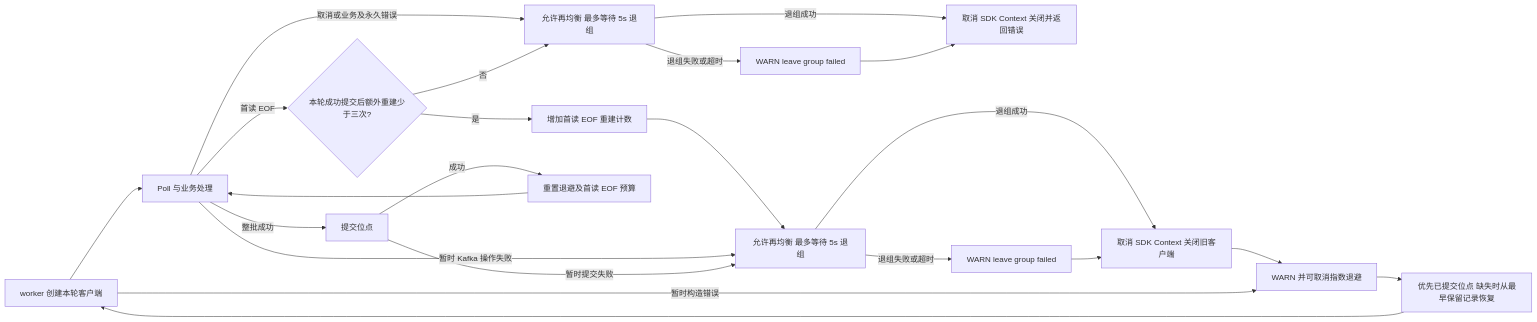
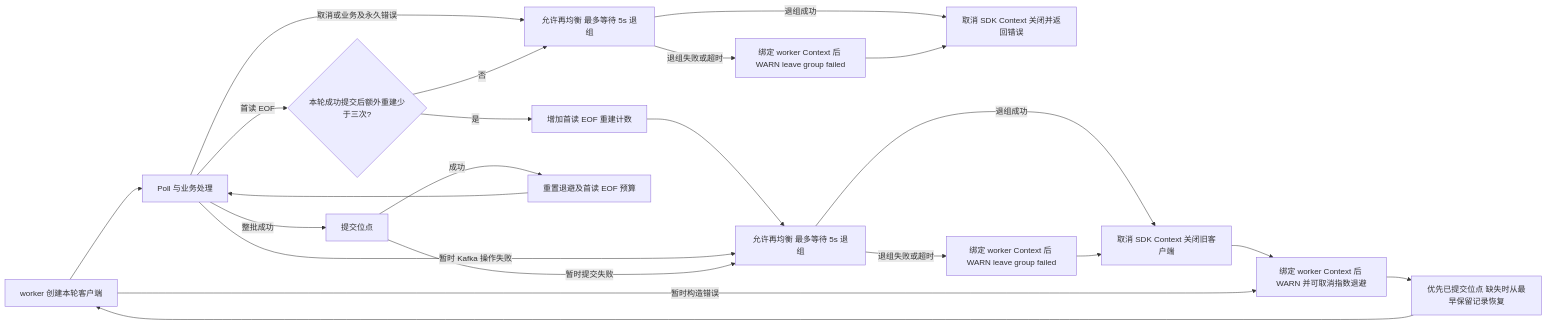
One commit to jaggerzhuang1994/kratos-foundation changed the fifth of 6 diagrams in pkg/kafka/README.md. Above: the diagram before and after it, drawn with Mermaid. The commit also changed other lines of this file and 19 other files, not shown here.

````diff
--- a/pkg/kafka/README.md
+++ b/pkg/kafka/README.md
@@ -293,24 +293,24 @@
 ```mermaid
 flowchart LR
     A[worker 创建本轮客户端] --> B[Poll 与业务处理]
     B -- 整批成功 --> C[提交位点]
     B -- 取消或业务及永久错误 --> D[允许再均衡 最多等待 5s 退组]
-    D -- 退组失败或超时 --> H[WARN leave group failed]
+    D -- 退组失败或超时 --> H[绑定 worker Context 后 WARN leave group failed]
     D -- 退组成功 --> I[取消 SDK Context 关闭并返回错误]
     H --> I
     B -- 首读 EOF --> V{本轮成功提交后额外重建少于三次?}
     V -- 是 --> W[增加首读 EOF 重建计数]
     W --> E
     V -- 否 --> D
     C -- 成功 --> X[重置退避及首读 EOF 预算]
     X --> B
     B -- 暂时 Kafka 操作失败 --> E[允许再均衡 最多等待 5s 退组]
     C -- 暂时提交失败 --> E
-    E -- 退组失败或超时 --> J[WARN leave group failed]
+    E -- 退组失败或超时 --> J[绑定 worker Context 后 WARN leave group failed]
     E -- 退组成功 --> K[取消 SDK Context 关闭旧客户端]
     J --> K
-    K --> F[WARN 并可取消指数退避]
+    K --> F[绑定 worker Context 后 WARN 并可取消指数退避]
     F --> G[优先已提交位点 缺失时从最早保留记录恢复]
     G --> A
     A -- 暂时构造错误 --> F
 ```
````
